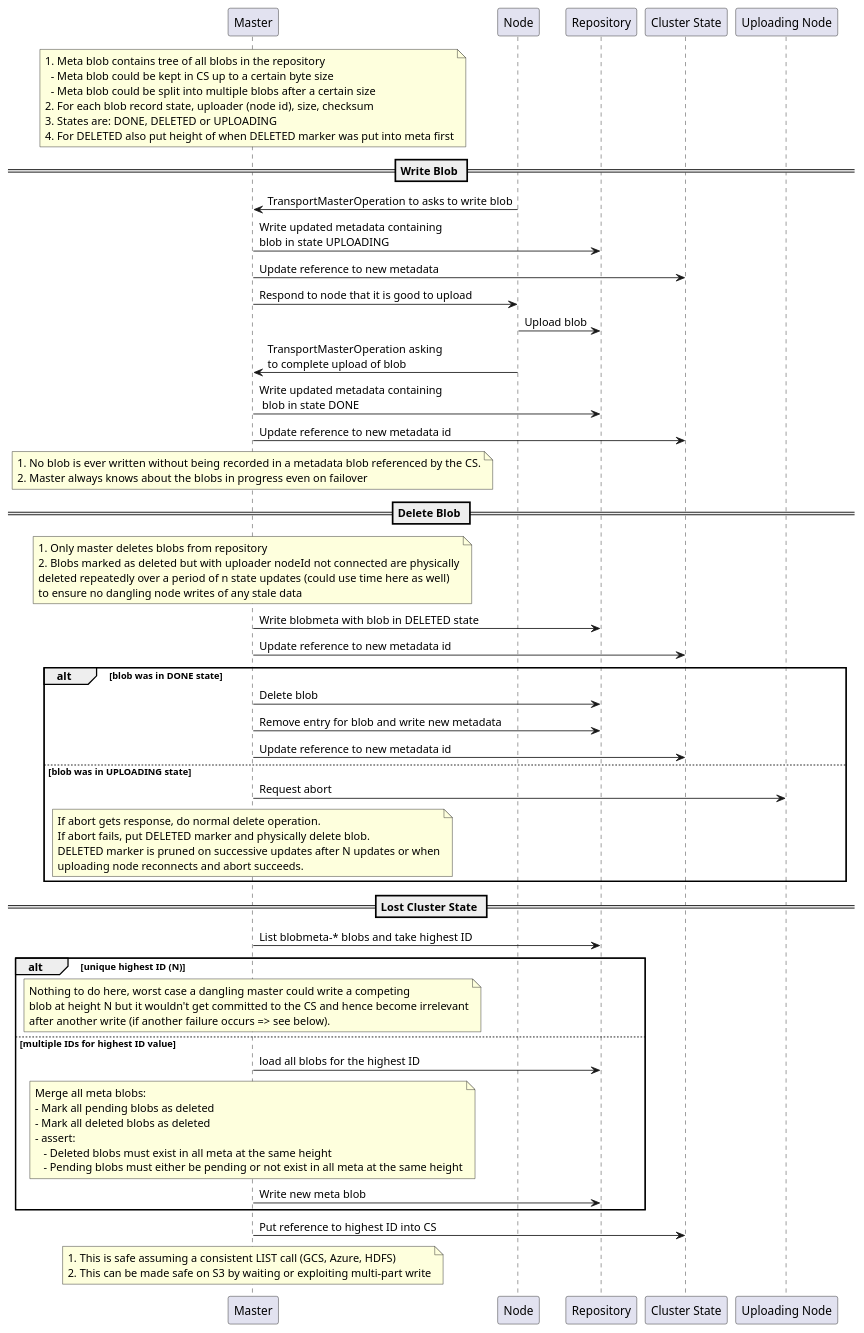
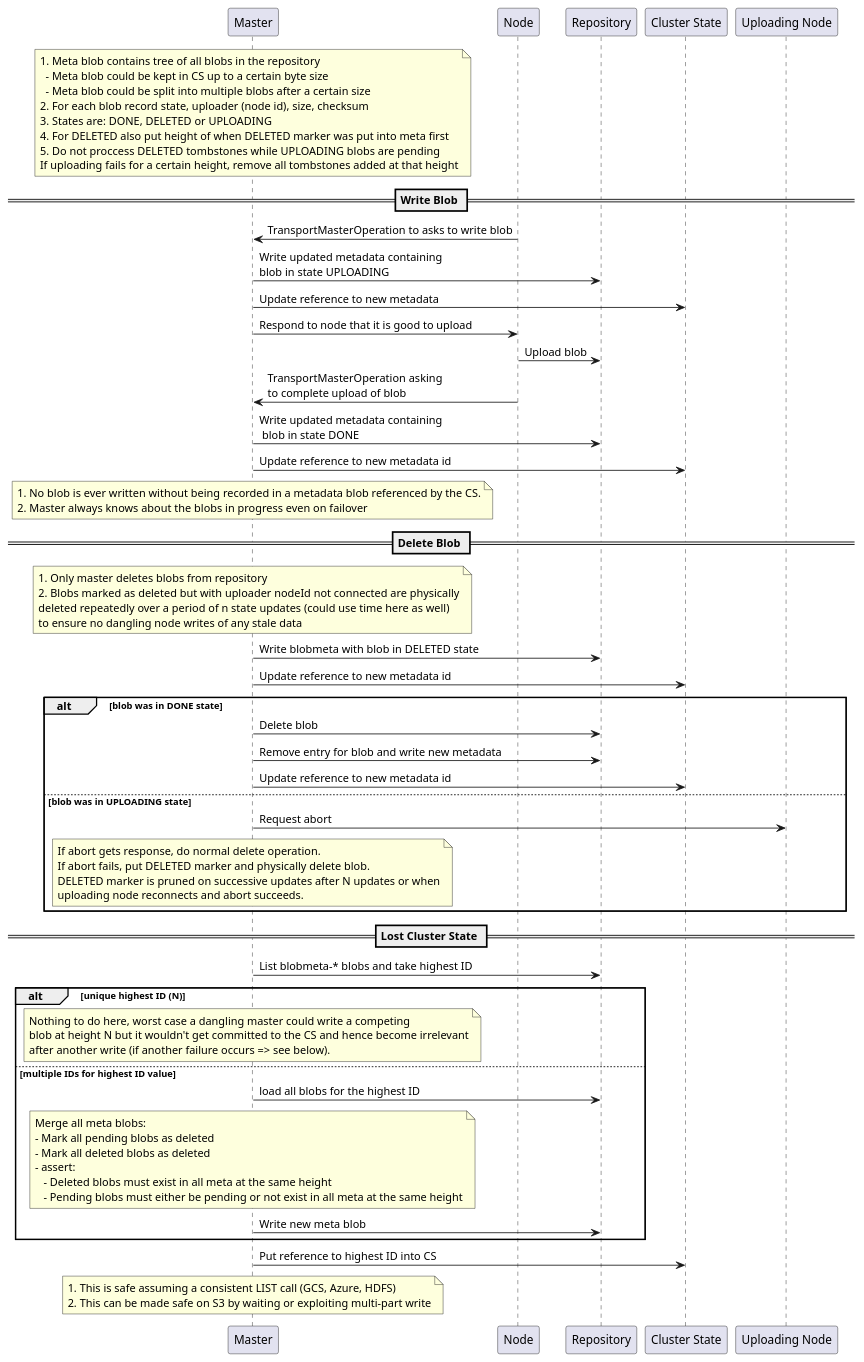
The diagram in write-blob.puml (original-brownbear/elasticsearch), drawn with PlantUML before and after one commit. The commit also changed 1 other file, not shown here.

```diff
--- a/write-blob.puml
+++ b/write-blob.puml
@@ -1,84 +1,86 @@
 @startuml
 
 note over Master
 1. Meta blob contains tree of all blobs in the repository
   - Meta blob could be kept in CS up to a certain byte size
   - Meta blob could be split into multiple blobs after a certain size
 2. For each blob record state, uploader (node id), size, checksum
 3. States are: DONE, DELETED or UPLOADING
 4. For DELETED also put height of when DELETED marker was put into meta first
+5. Do not proccess DELETED tombstones while UPLOADING blobs are pending
+If uploading fails for a certain height, remove all tombstones added at that height
 end note
 
 == Write Blob ==
 
 Node -> Master : TransportMasterOperation to asks to write blob
 Master -> Repository: Write updated metadata containing \nblob in state UPLOADING
 Master -> "Cluster State": Update reference to new metadata
 Master -> Node: Respond to node that it is good to upload
 Node -> Repository: Upload blob
 Node -> Master: TransportMasterOperation asking \nto complete upload of blob
 Master -> Repository: Write updated metadata containing\n blob in state DONE
 Master -> "Cluster State": Update reference to new metadata id
 
 note over Master
 1. No blob is ever written without being recorded in a metadata blob referenced by the CS.
 2. Master always knows about the blobs in progress even on failover
 end note
 
 == Delete Blob ==
 
 note over Master
 1. Only master deletes blobs from repository
 2. Blobs marked as deleted but with uploader nodeId not connected are physically
 deleted repeatedly over a period of n state updates (could use time here as well)
 to ensure no dangling node writes of any stale data
 end note
 
 Master -> Repository: Write blobmeta with blob in DELETED state
 Master -> "Cluster State": Update reference to new metadata id
 alt blob was in DONE state
 Master -> Repository: Delete blob
 Master -> Repository: Remove entry for blob and write new metadata
 Master -> "Cluster State": Update reference to new metadata id
 else blob was in UPLOADING state
 Master -> "Uploading Node": Request abort
 note over Master
 If abort gets response, do normal delete operation.
 If abort fails, put DELETED marker and physically delete blob.
 DELETED marker is pruned on successive updates after N updates or when
 uploading node reconnects and abort succeeds.
 end note
 end
 
 == Lost Cluster State ==
 
 Master -> Repository: List blobmeta-* blobs and take highest ID
 alt unique highest ID (N)
 note over Master
 Nothing to do here, worst case a dangling master could write a competing
 blob at height N but it wouldn't get committed to the CS and hence become irrelevant
 after another write (if another failure occurs => see below).
 end note
 else multiple IDs for highest ID value
 Master -> Repository: load all blobs for the highest ID
 
 note over Master
 Merge all meta blobs:
 - Mark all pending blobs as deleted
 - Mark all deleted blobs as deleted
 - assert:
    - Deleted blobs must exist in all meta at the same height
    - Pending blobs must either be pending or not exist in all meta at the same height
 end note
 
 Master -> Repository: Write new meta blob
 
 end
 Master -> "Cluster State": Put reference to highest ID into CS
 
 note over Master
 1. This is safe assuming a consistent LIST call (GCS, Azure, HDFS)
 2. This can be made safe on S3 by waiting or exploiting multi-part write
 end note
 
 @enduml
```
